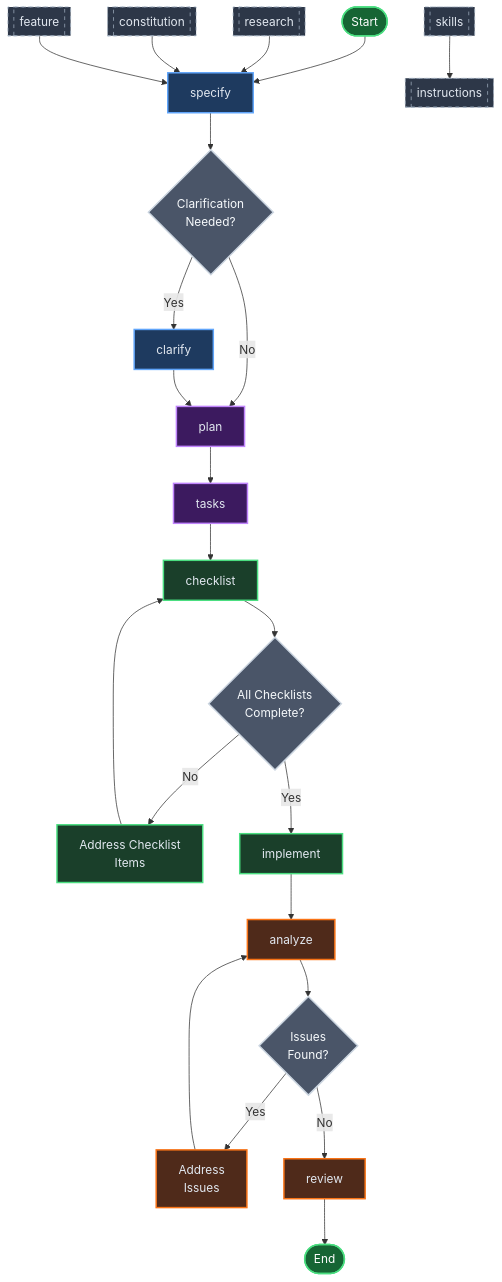
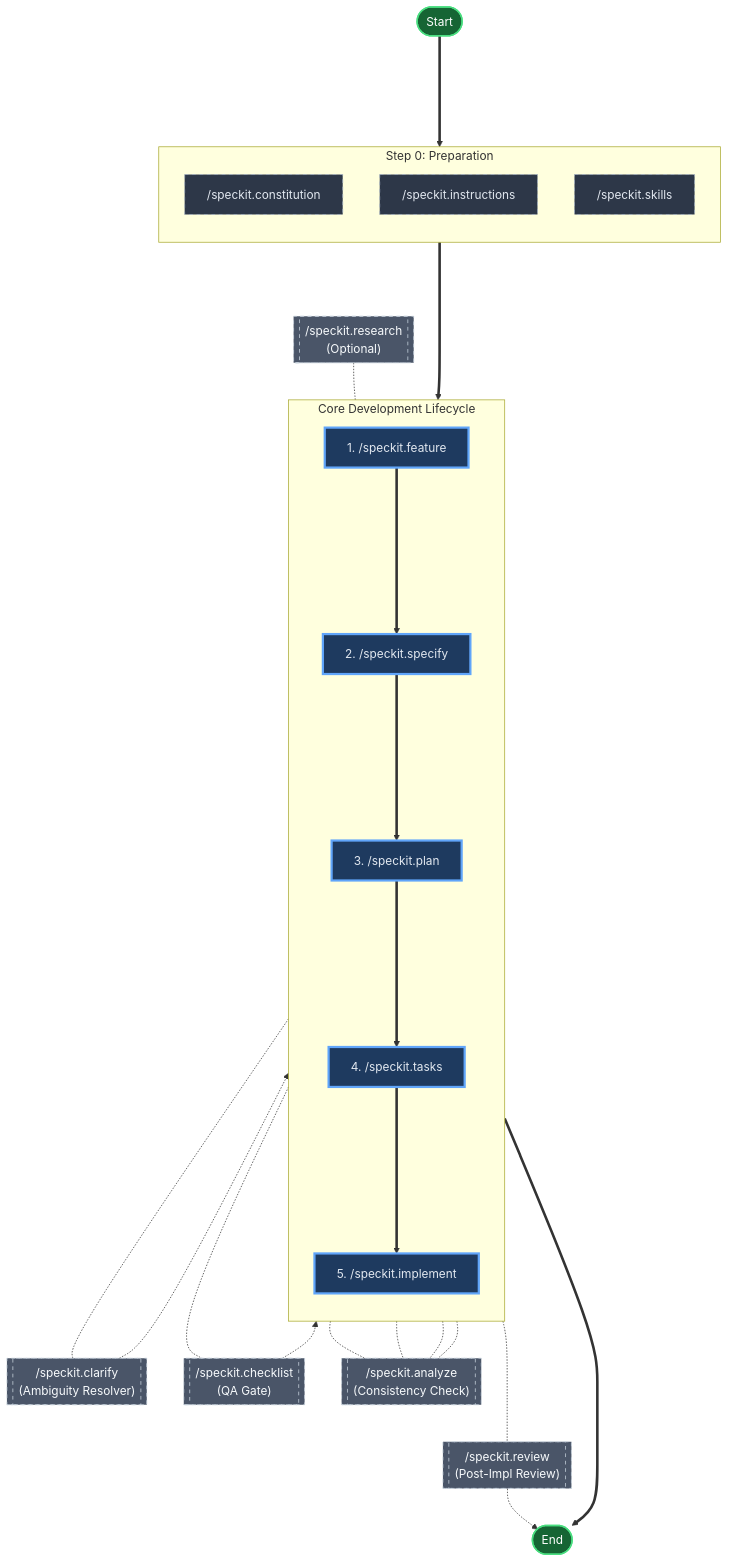
One commit to cloud-native-ai/spec-kit changed the diagram in docs/usage.md. Above: the diagram before and after it, drawn with Mermaid. The commit also changed other lines of this file and 20 other files, not shown here.

````diff
--- a/docs/usage.md
+++ b/docs/usage.md
@@ -230,44 +225,57 @@
 ```mermaid
 flowchart TD
-    A([Start]) --> B[specify]
-    B --> C{Clarification\nNeeded?}
-    C -->|Yes| D[clarify]
-    C -->|No| E[plan]
-    D --> E
-    E --> F[tasks]
-    F --> G[checklist]
-    G --> H{All Checklists\nComplete?}
-    H -->|No| I[Address Checklist\nItems]
-    H -->|Yes| J[implement]
-    I --> G
-    J --> K[analyze]
-    K --> L{Issues\nFound?}
-    L -->|Yes| M[Address\nIssues]
-    L -->|No| N[review]
-    M --> K
-    N --> O([End])
+    %% Setup Phase
+    subgraph Setup ["Step 0: Preparation"]
+        direction TB
+        S1["/speckit.constitution"]
+        S2["/speckit.instructions"]
+        S3["/speckit.skills"]
+    end
+
+    %% Core Flow
+    subgraph Core ["Core Development Lifecycle"]
+        direction TB
+        C1["1. /speckit.feature"]
+        C2["2. /speckit.specify"]
+        C3["3. /speckit.plan"]
+        C4["4. /speckit.tasks"]
+        C5["5. /speckit.implement"]
+    end
+
+    %% Flow Connectivity
+    Start([Start]) ====> Setup
+    Setup ====> C1
+    C1 ====> C2
+    C2 ====> C3
+    C3 ====> C4
+    C4 ====> C5
+    C5 ====> End([End])
+
+    %% Auxiliary / Optional Tools - Context sensitive placement
     
-    P[[research]] --> B
-    Q[[constitution]] --> B
-    R[[feature]] --> B
-    S[[skills]] --> T[[instructions]]
+    %% Research supports Specify
+    T_Res[["/speckit.research\n(Optional)"]] -.- C2
     
-    %% Dark theme optimized styles
-    classDef phase1 fill:#1e3a5f,stroke:#60a5fa,color:#e2e8f0,stroke-width:2px;
-    classDef phase2 fill:#3c1a5f,stroke:#c084fc,color:#e2e8f0,stroke-width:2px;
-    classDef phase3 fill:#1a3f2a,stroke:#4ade80,color:#e2e8f0,stroke-width:2px;
-    classDef phase4 fill:#4f2a1a,stroke:#f97316,color:#e2e8f0,stroke-width:2px;
-    classDef support fill:#2d3748,stroke:#a0aec0,color:#e2e8f0,stroke-width:1px,stroke-dasharray: 5 5;
+    %% Clarify repairs Specify
+    C2 -.- T_Clar[["/speckit.clarify\n(Ambiguity Resolver)"]] -.-> C2
+    
+    %% Checklist serves as a gate before Implement
+    C4 -.- T_Chk[["/speckit.checklist\n(QA Gate)"]] -.-> C5
+    
+    %% Analyze watches over the artifacts
+    C2 & C3 & C4 & C5 -.- T_Ana[["/speckit.analyze\n(Consistency Check)"]]
+    
+    %% Review validates the Implementation
+    C5 -.- T_Rev[["/speckit.review\n(Post-Impl Review)"]] -.-> End
+
+    %% Styling
+    classDef setup fill:#2d3748,stroke:#a0aec0,color:#e2e8f0,stroke-width:1px,stroke-dasharray: 5 5;
+    classDef core fill:#1e3a5f,stroke:#60a5fa,color:#e2e8f0,stroke-width:3px;
+    classDef aux fill:#4a5568,stroke:#cbd5e0,color:#f7fafc,stroke-width:1px,stroke-dasharray: 5 5;
     classDef startEnd fill:#166534,stroke:#4ade80,color:#ffffff,stroke-width:2px;
-    classDef decision fill:#4a5568,stroke:#cbd5e0,color:#f7fafc,stroke-width:2px;
     
-    class A,O startEnd
-    class B,D phase1
-    class C decision
-    class E,F phase2
-    class G,I,J phase3
-    class H decision
-    class K,M,N phase4
-    class L decision
-    class P,Q,R,S,T support
+    class Start,End startEnd
+    class S1,S2,S3 setup
+    class C1,C2,C3,C4,C5 core
+    class T_Res,T_Clar,T_Chk,T_Ana,T_Rev aux
 ```
````
